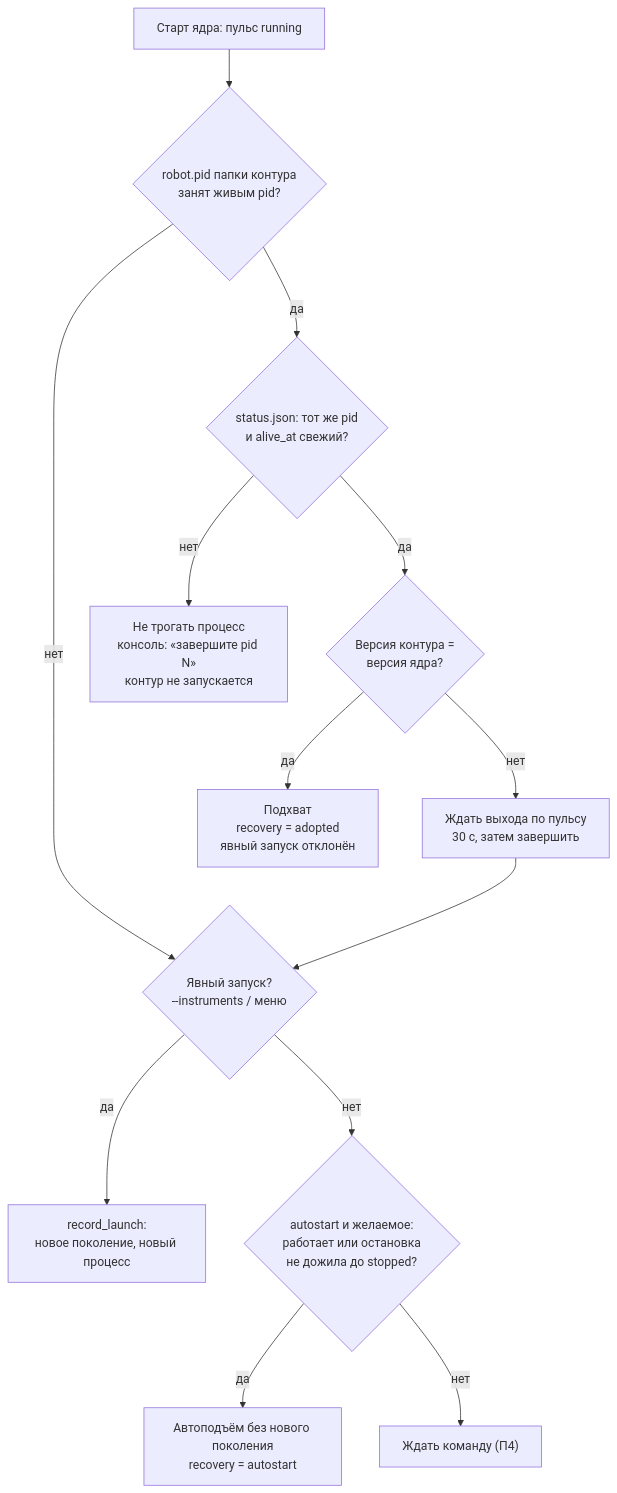
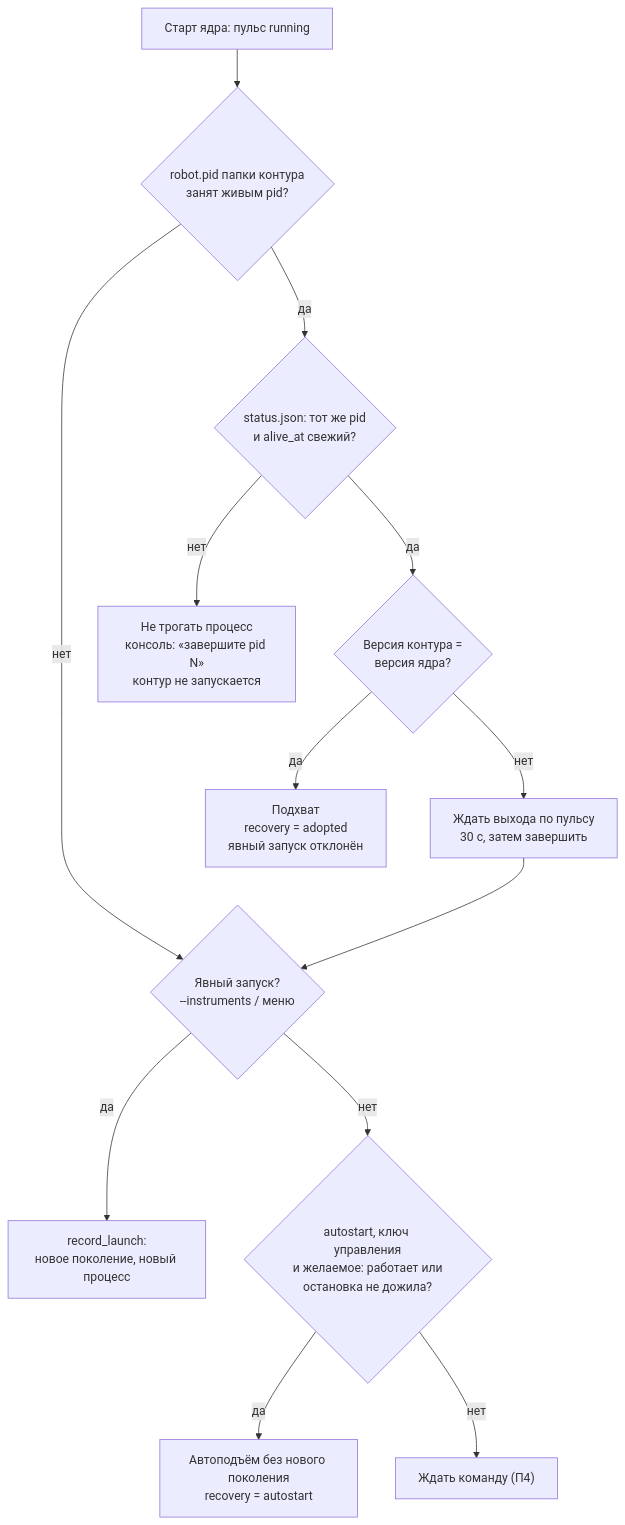
One commit to vladilenao/My_roBot changed the third of 4 diagrams in openspec/changes/add-contour-recovery/design.md. Above: the diagram before and after it, drawn with Mermaid. The commit also changed other lines of this file and 28 other files, not shown here.

````diff
--- a/openspec/changes/add-contour-recovery/design.md
+++ b/openspec/changes/add-contour-recovery/design.md
@@ -96,14 +96,14 @@
 ```mermaid
 flowchart TD
     S["Старт ядра: пульс running"] --> L{"robot.pid папки контура<br/>занят живым pid?"}
     L -- нет --> E{"Явный запуск?<br/>--instruments / меню"}
     L -- да --> F{"status.json: тот же pid<br/>и alive_at свежий?"}
     F -- нет --> X["Не трогать процесс<br/>консоль: «завершите pid N»<br/>контур не запускается"]
     F -- да --> V{"Версия контура =<br/>версия ядра?"}
     V -- да --> A["Подхват<br/>recovery = adopted<br/>явный запуск отклонён"]
     V -- нет --> W["Ждать выхода по пульсу<br/>30 с, затем завершить"] --> E
     E -- да --> N["record_launch:<br/>новое поколение, новый процесс"]
-    E -- нет --> D{"autostart и желаемое:<br/>работает или остановка<br/>не дожила до stopped?"}
+    E -- нет --> D{"autostart, ключ управления<br/>и желаемое: работает или<br/>остановка не дожила?"}
     D -- да --> R["Автоподъём без нового поколения<br/>recovery = autostart"]
     D -- нет --> C["Ждать команду (П4)"]
 ```
````
